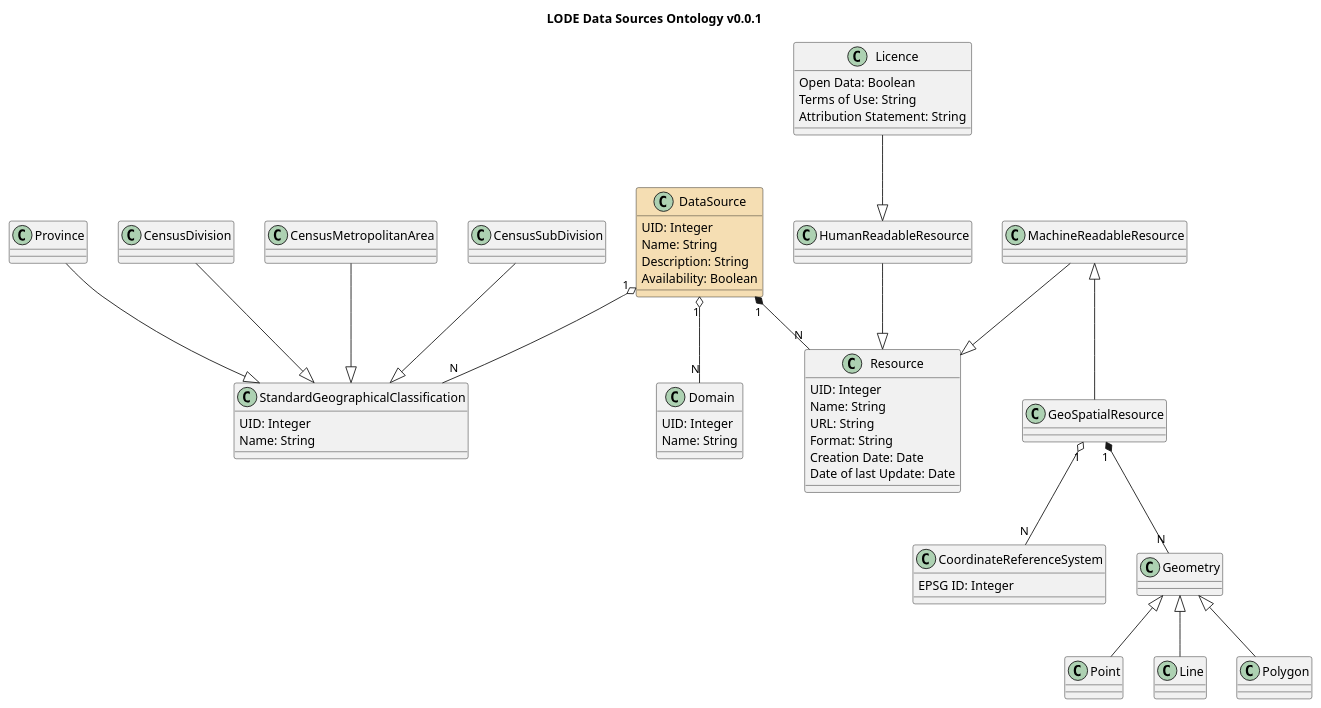
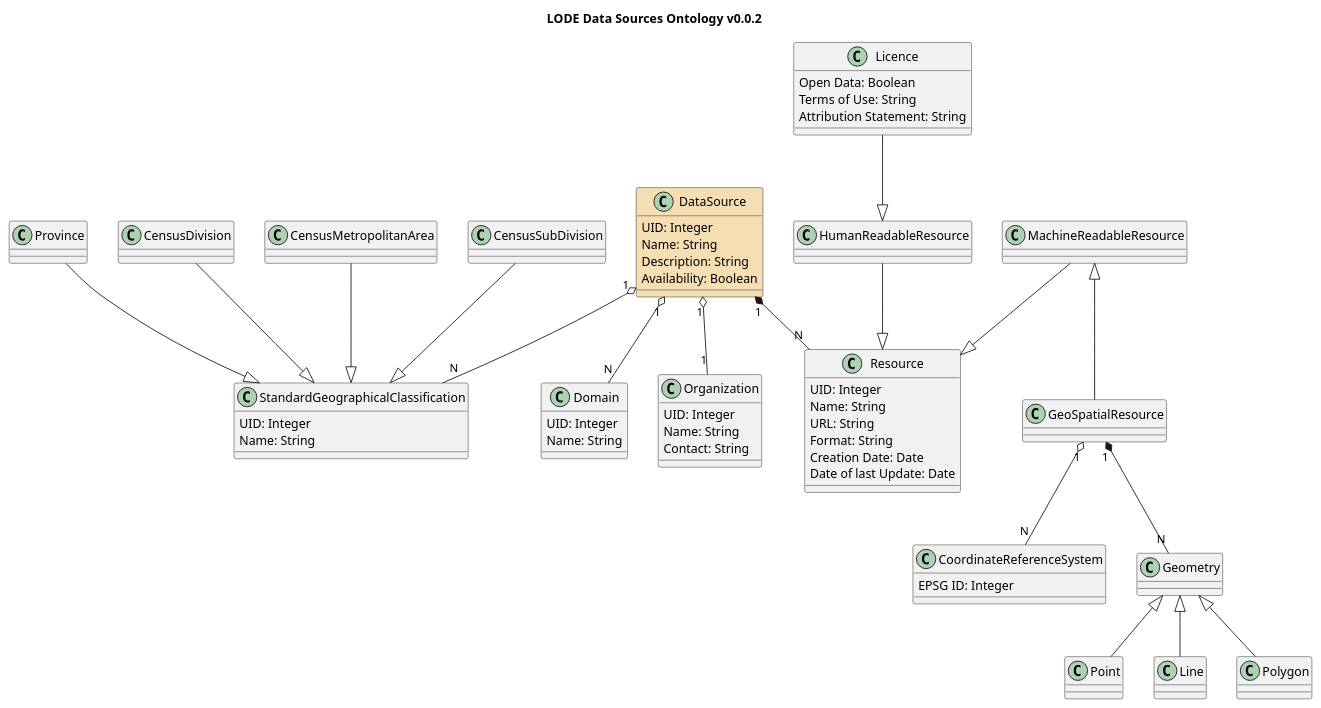
The diagram in sources/ontology/LodeDataSourcesOntology.puml (CSBP-CPSE/LODE-ECDO), drawn with PlantUML before and after one commit.

Commit message:
Added Organization to Ontology

```diff
--- a/sources/ontology/LodeDataSourcesOntology.puml
+++ b/sources/ontology/LodeDataSourcesOntology.puml
@@ -1,84 +1,92 @@
 @startuml LODE Data Sources Ontology
 
-title LODE Data Sources Ontology v0.0.1
+title LODE Data Sources Ontology v0.0.2
 
 class DataSource #Wheat {
 
     UID: Integer
     Name: String
     Description: String
     Availability: Boolean
 } 
 
 
 class GeoSpatialResource 
 
 MachineReadableResource <|-- GeoSpatialResource
 
 class StandardGeographicalClassification {
     UID: Integer
     Name: String
 }
 class Province
 class CensusDivision
 class CensusMetropolitanArea
 class CensusSubDivision
 
 Province --|> StandardGeographicalClassification
 CensusDivision --|> StandardGeographicalClassification
 CensusMetropolitanArea --|> StandardGeographicalClassification
 CensusSubDivision --|> StandardGeographicalClassification
 
 DataSource "1" o-- "N" StandardGeographicalClassification
 
 class CoordinateReferenceSystem {
     EPSG ID: Integer
 }
 
 GeoSpatialResource "1" o-- "N" CoordinateReferenceSystem
 
 
 
 class Domain {
     UID: Integer
     Name: String
 }
 
 DataSource "1" o-- "N" Domain
 
 class Geometry
 class Point 
 class Line
 class Polygon 
 
 Geometry <|-- Point
 Geometry <|-- Line
 Geometry <|-- Polygon
 
 GeoSpatialResource "1" *-- "N" Geometry
 
 class Resource {
     UID: Integer
     Name: String
     URL: String
     Format: String
     Creation Date: Date
     Date of last Update: Date
 }
 
 class MachineReadableResource
 class HumanReadableResource
 
 class Licence {
     Open Data: Boolean
     Terms of Use: String
     Attribution Statement: String
 }
 
 MachineReadableResource --|> Resource
 HumanReadableResource --|> Resource
 Licence --|> HumanReadableResource
 
 DataSource "1" *-- "N" Resource
 
+class Organization {
+    UID: Integer
+    Name: String
+    Contact: String
+}
+
+DataSource "1" o-- "1" Organization
+
 @enduml
```
